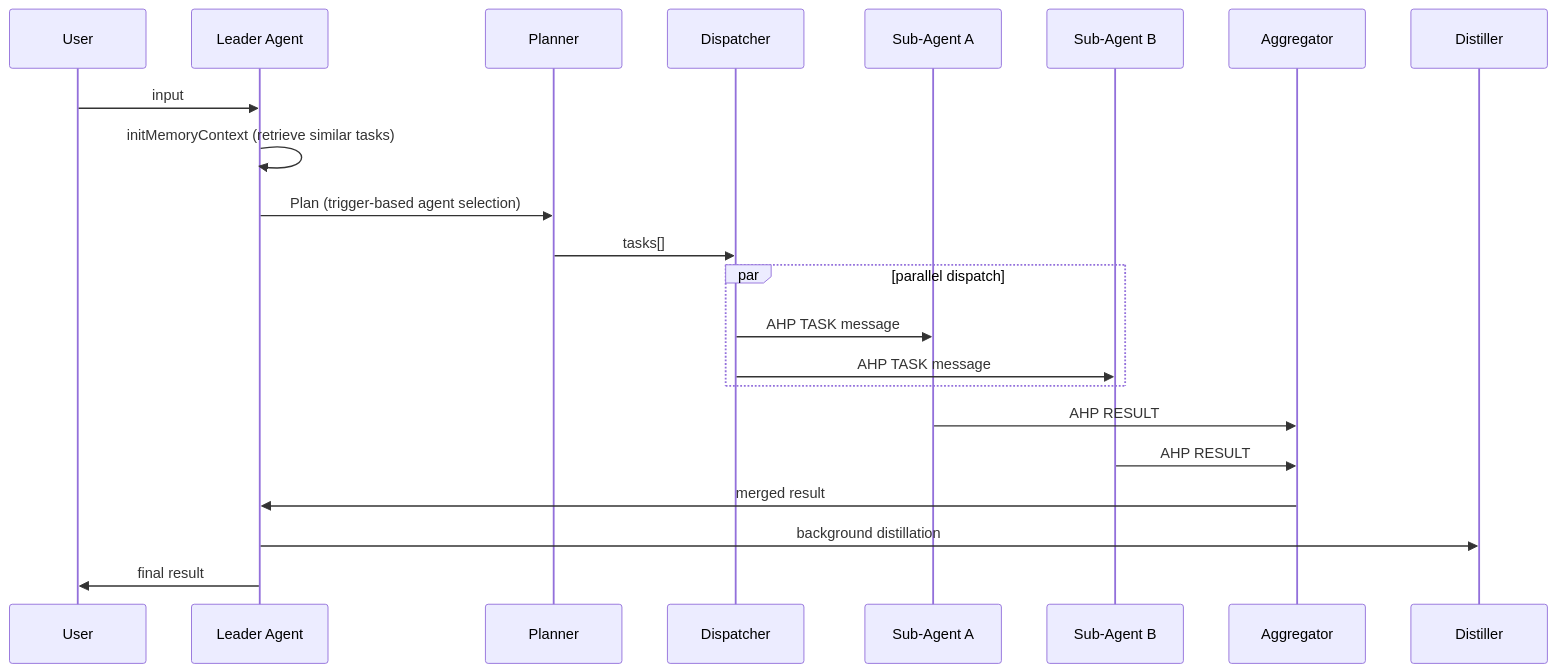
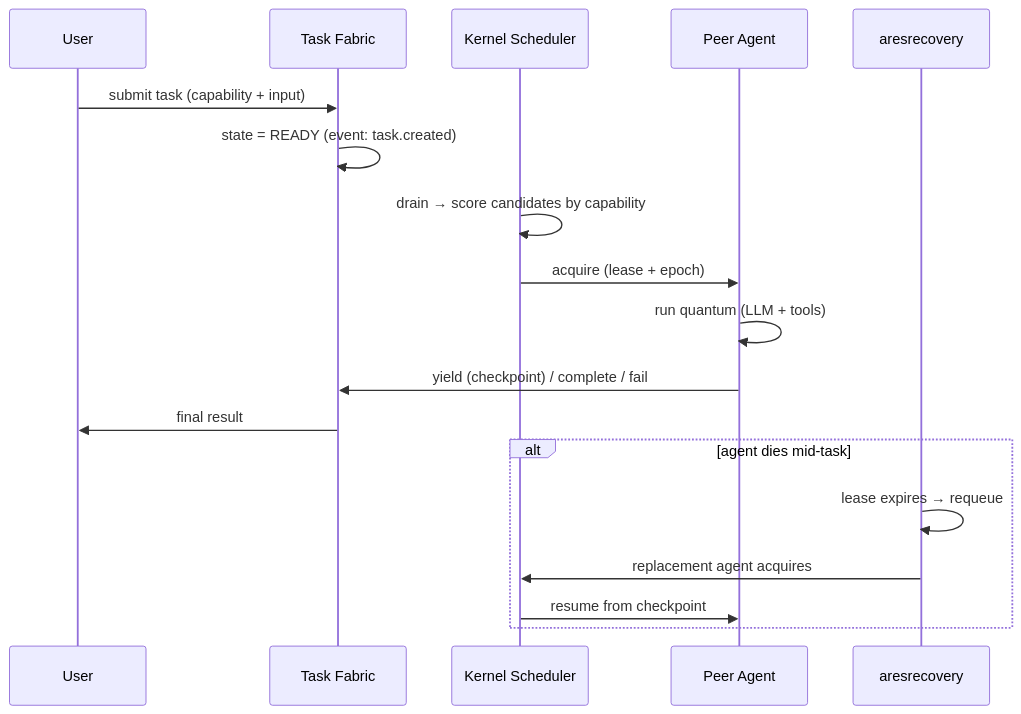
Before and after one commit to Timwood0x10/ARES: the fourth of 7 diagrams in docs/en/framework-comparison.md, drawn with Mermaid. The commit also changed other lines of this file and 9 other files, not shown here.

````diff
--- a/docs/en/framework-comparison.md
+++ b/docs/en/framework-comparison.md
@@ -251,25 +129,22 @@
 ```mermaid
 sequenceDiagram
     participant User
-    participant Leader as Leader Agent
-    participant Planner
-    participant Dispatcher
-    participant SA1 as Sub-Agent A
-    participant SA2 as Sub-Agent B
-    participant Agg as Aggregator
-    participant Mem as Distiller
+    participant Fabric as Task Fabric
+    participant Sched as Kernel Scheduler
+    participant A as Peer Agent
+    participant R as aresrecovery
 
-    User->>Leader: input
-    Leader->>Leader: initMemoryContext (retrieve similar tasks)
-    Leader->>Planner: Plan (trigger-based agent selection)
-    Planner->>Dispatcher: tasks[]
-    par parallel dispatch
-        Dispatcher->>SA1: AHP TASK message
-        Dispatcher->>SA2: AHP TASK message
+    User->>Fabric: submit task (capability + input)
+    Fabric->>Fabric: state = READY (event: task.created)
+    Sched->>Sched: drain → score candidates by capability
+    Sched->>A: acquire (lease + epoch)
+    A->>A: run quantum (LLM + tools)
+    A->>Fabric: yield (checkpoint) / complete / fail
+    Fabric->>User: final result
+
+    alt agent dies mid-task
+        R->>R: lease expires → requeue
+        R->>Sched: replacement agent acquires
+        Sched->>A: resume from checkpoint
     end
-    SA1->>Agg: AHP RESULT
-    SA2->>Agg: AHP RESULT
-    Agg->>Leader: merged result
-    Leader->>Mem: background distillation
-    Leader->>User: final result
 ```
````
